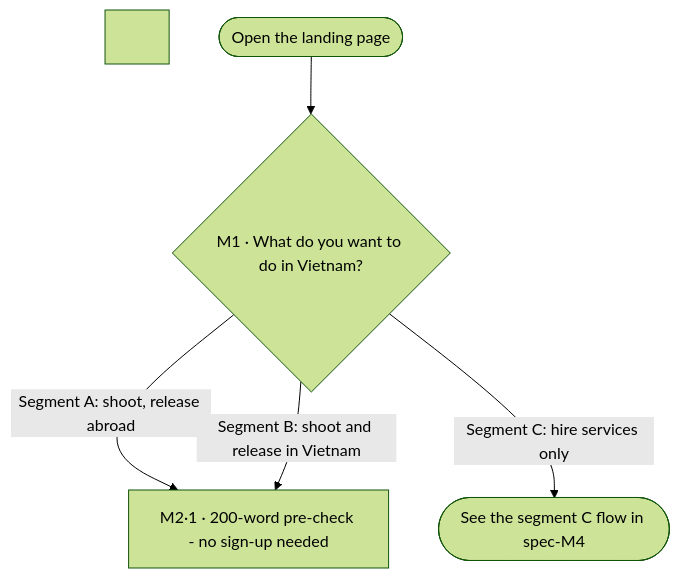
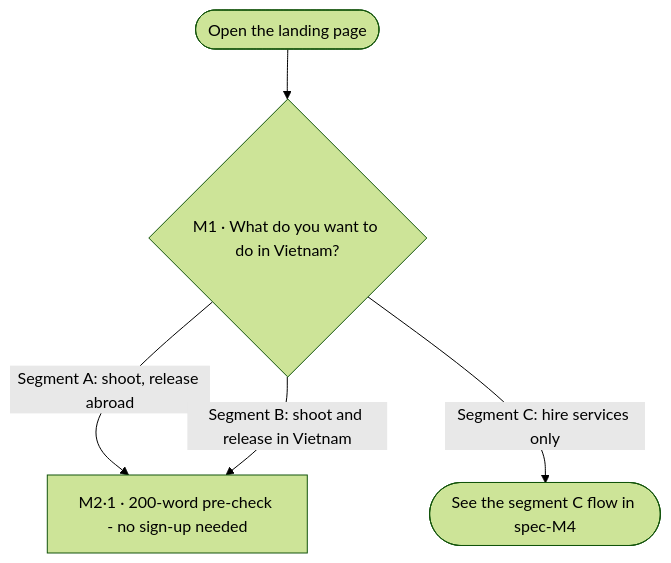
One commit to namnt2005/CINEMATCH-DBIZ3.TeamC changed the first of 2 diagrams in docs/spec/spec-M1.md. Above: the diagram before and after it, drawn with Mermaid (forest theme). The commit also changed other lines of this file and 176 other files, not shown here.

````diff
--- a/docs/spec/spec-M1.md
+++ b/docs/spec/spec-M1.md
@@ -83,7 +85,7 @@
 ```mermaid
 flowchart TD
-&nbsp;&nbsp;&nbsp;&nbsp;S([Open the landing page]) --> Q1{M1 · What do you want to do in Vietnam?}
-&nbsp;&nbsp;&nbsp;&nbsp;Q1 -- "Segment A: shoot, release abroad" --> PRE[M2·1 · 200-word pre-check - no sign-up needed]
-&nbsp;&nbsp;&nbsp;&nbsp;Q1 -- "Segment B: shoot and release in Vietnam" --> PRE
-&nbsp;&nbsp;&nbsp;&nbsp;Q1 -- "Segment C: hire services only" --> CJUMP([See the segment C flow in spec-M4])
+    S([Open the landing page]) --> Q1{M1 · What do you want to do in Vietnam?}
+    Q1 -- "Segment A: shoot, release abroad" --> PRE[M2·1 · 200-word pre-check - no sign-up needed]
+    Q1 -- "Segment B: shoot and release in Vietnam" --> PRE
+    Q1 -- "Segment C: hire services only" --> CJUMP([See the segment C flow in spec-M4])
 ```
````
